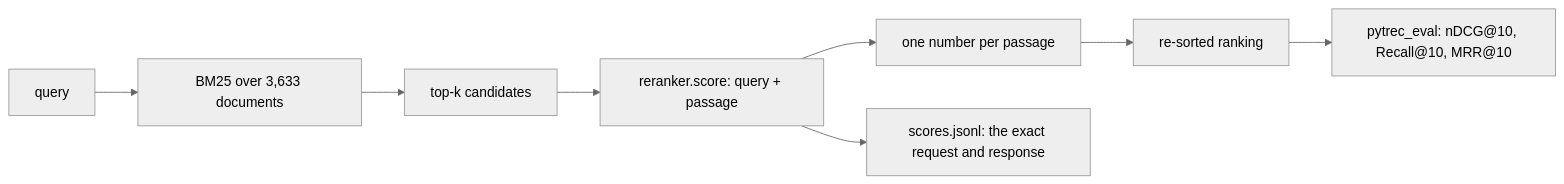
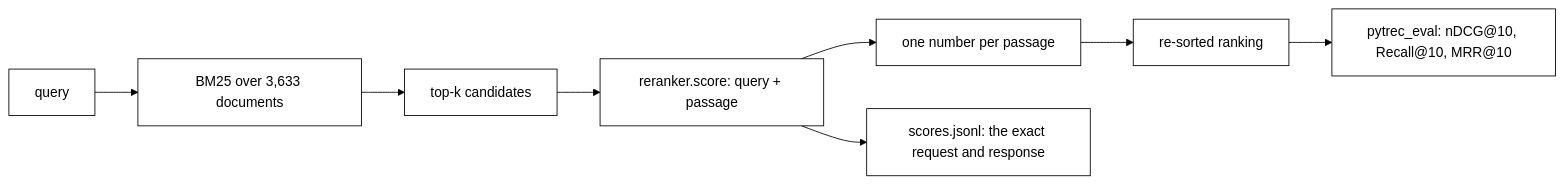
The diagram in rerank/README.md (nadeem4/ai-experiments), drawn with Mermaid before and after one commit. The commit also changed other lines of this file and 5 other files, not shown here.

````diff
--- a/rerank/README.md
+++ b/rerank/README.md
@@ -47,11 +50,11 @@
 ```mermaid
-%%{init: {'theme': 'neutral'}}%%
+%%{init: {'theme':'base','themeVariables':{'primaryColor':'#ffffff','primaryTextColor':'#000000','primaryBorderColor':'#000000','lineColor':'#000000','secondaryColor':'#ffffff','tertiaryColor':'#ffffff','background':'#ffffff','mainBkg':'#ffffff','textColor':'#000000'}}}%%
 flowchart LR
     Q[query] --> B[BM25 over 3,633 documents]
     B --> C[top-k candidates]
     C --> R[reranker.score: query + passage]
     R --> S[one number per passage]
     S --> O[re-sorted ranking]
     O --> M[pytrec_eval: nDCG@10, Recall@10, MRR@10]
     R --> W[scores.jsonl: the exact request and response]
 ```
````
